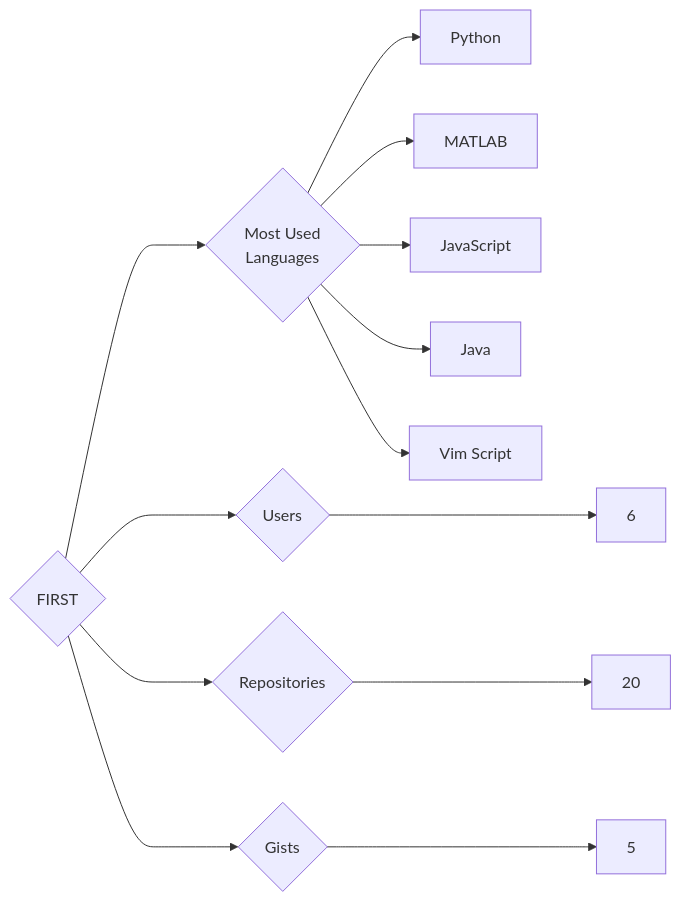
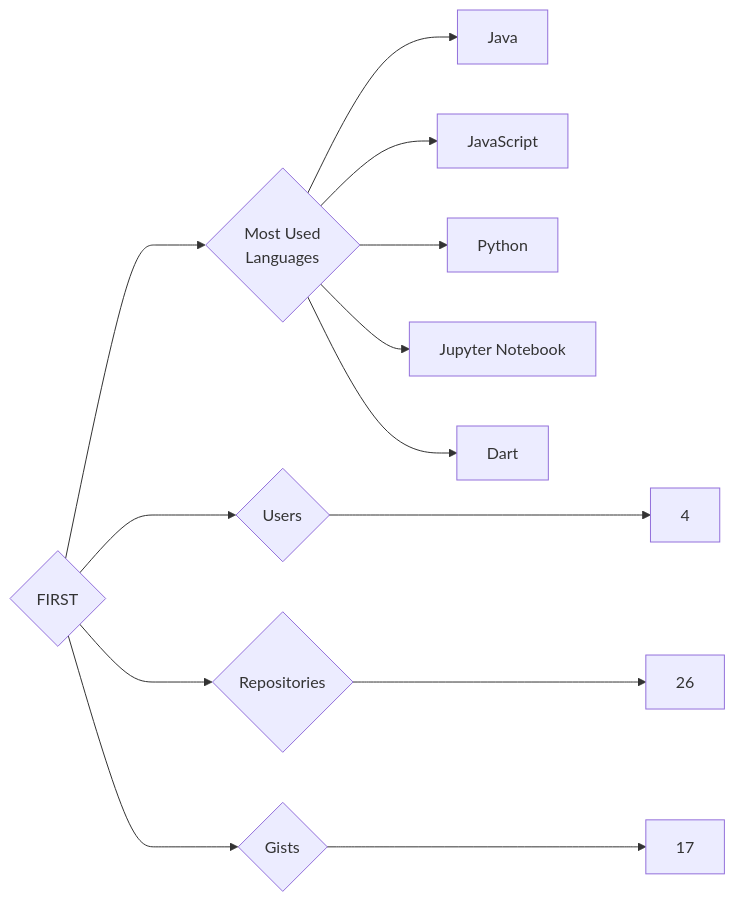
The diagram in targets/FIRST/README.md (trickest/insiders), drawn with Mermaid before and after one commit. The commit also changed 1175 other files, not shown here.

````diff
--- a/targets/FIRST/README.md
+++ b/targets/FIRST/README.md
@@ -3,13 +3,13 @@
 ```mermaid
 graph LR
 COMPANY_NAME{FIRST}
-COMPANY_NAME ---> U{Users} ---> UN[6]
-COMPANY_NAME ---> R{Repositories} ---> RN[20]
-COMPANY_NAME ---> G{Gists} ---> GN[5]
+COMPANY_NAME ---> U{Users} ---> UN[4]
+COMPANY_NAME ---> R{Repositories} ---> RN[26]
+COMPANY_NAME ---> G{Gists} ---> GN[17]
 COMPANY_NAME ---> ML{Most Used<br>Languages}
+ML --> Java[Java]
+ML --> JavaScript[JavaScript]
 ML --> Python[Python]
-ML --> MATLAB[MATLAB]
-ML --> JavaScript[JavaScript]
-ML --> Java[Java]
-ML --> Vim_Script[Vim Script]
+ML --> Jupyter_Notebook[Jupyter Notebook]
+ML --> Dart[Dart]
 ```
````
